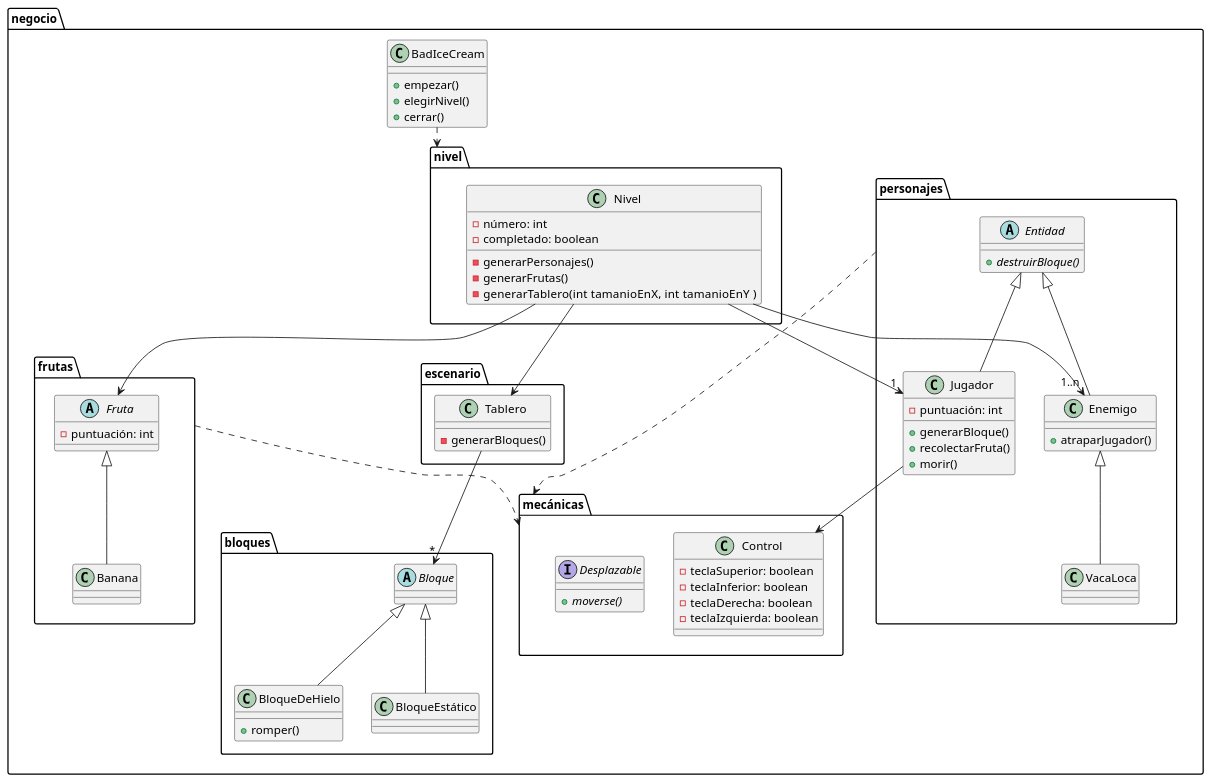
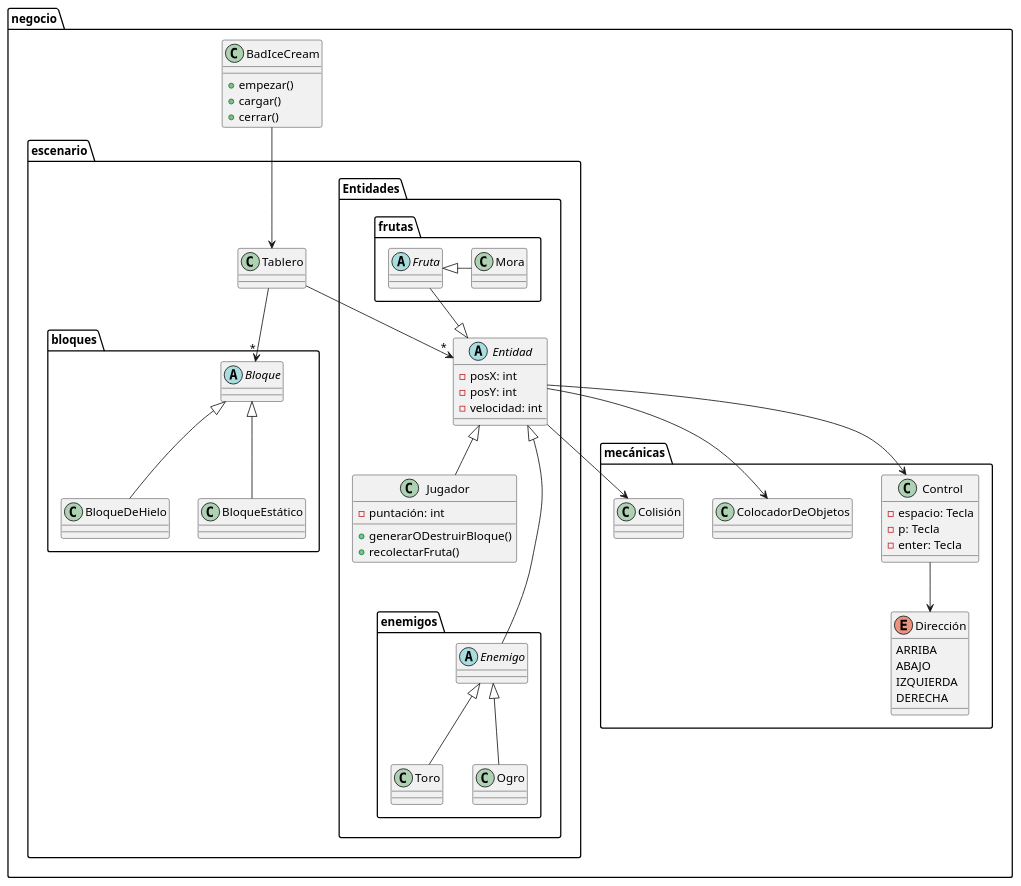
The diagram in src/Proyecto.puml (Ju-an-CF/Proyecto-BadIceCream), drawn with PlantUML before and after one commit. The commit also changed 35 other files, not shown here.

Commit message:
*Recomendado hacer una copia o reemplazar los archivos del src en su proyecto local* Mejorando UML, solucionando Bugs, implementando cambios de la rama UIMejorada, sprites enemigos, mejorando apariencia menú... para más detalles chechar la ramas en especial Master y UIMejorada

```diff
--- a/src/Proyecto.puml
+++ b/src/Proyecto.puml
@@ -1,103 +1,76 @@
 @startuml
 package negocio {
 package mecánicas {
-
-interface Desplazable {
-    +{abstract}moverse()
-}
-
-class Control {
-    - teclaSuperior: boolean
-    - teclaInferior: boolean
-    - teclaDerecha: boolean
-    - teclaIzquierda: boolean
-}
-
+    class Control {
+    -espacio: Tecla
+    -p: Tecla
+    -enter: Tecla
+    }
+    enum Dirección {
+    ARRIBA
+    ABAJO
+    IZQUIERDA
+    DERECHA
+    }
+    class ColocadorDeObjetos {}
+    class Colisión {}
 }
 
 package escenario {
-class Tablero {
-    -generarBloques()
+    class Tablero {}
+
+package bloques {
+    abstract class Bloque {}
+    class BloqueDeHielo {}
+    class BloqueEstático {}
+}
+
+package Entidades {
+    abstract class Entidad {
+    -posX: int
+    -posY: int
+    -velocidad: int
+    }
+    class Jugador {
+    -puntación: int
+    +generarODestruirBloque()
+    +recolectarFruta()
+    }
+package enemigos {
+    abstract class Enemigo {}
+    class Toro {}
+    class Ogro {}
+}
+
+package frutas {
+    abstract class Fruta {}
+    class Mora {}
 }
 }
-package bloques {
-
-abstract class Bloque {
-}
-
-class BloqueDeHielo {
-    +romper()
-}
-
-class BloqueEstático {}
-}
-package frutas {
-    abstract class Fruta {
-        -puntuación: int
-    }
-
-    class Banana {
-
-    }
-}
-
-package nivel {
-
-class Nivel {
-   -número: int
-   -completado: boolean
-   -generarPersonajes()
-   -generarFrutas()
-   -generarTablero(int tamanioEnX, int tamanioEnY   )
-}
-
-}
-
-package personajes {
-    abstract class Entidad {
-        +{abstract}destruirBloque()
-    }
-
-    class Jugador {
-        - puntuación: int
-        +generarBloque()
-        +recolectarFruta()
-        +morir()
-    }
-
-class Enemigo {
-        +atraparJugador()
-    }
-
- class VacaLoca {
-    }
-
 }
 class BadIceCream {
     +empezar()
-    +elegirNivel()
+    +cargar()
     +cerrar()
 }
 }
 
-BadIceCream ..> nivel
+BadIceCream --> Tablero
+Tablero --> "*" Entidad
+Bloque <|-- BloqueEstático
+Bloque <|-- BloqueDeHielo
+Tablero --> "*" Bloque
 
-Nivel --> "1..n" Enemigo
-Nivel --> "1" Jugador
-Nivel --> Fruta
-frutas ..> mecánicas
-personajes ..> mecánicas
+Entidad <|-down-Jugador
+Entidad <|-down--Enemigo
+Entidad <|-up- Fruta
+Fruta <|- Mora
+Enemigo <|-- Toro
+Enemigo <|-- Ogro
 
-Jugador -up-|> Entidad
-Enemigo -up-|> Entidad
-VacaLoca -up-|> Enemigo
-Banana -up-|> Fruta
-Tablero --> "*" Bloque
-BloqueDeHielo -up-|> Bloque
-BloqueEstático -up-|> Bloque
-Jugador -> Control
-Nivel --> Tablero
-
-}
+Control --> Dirección
+Entidad --> Control
+Entidad --> ColocadorDeObjetos
+Entidad --> Colisión
 
 @enduml
```
